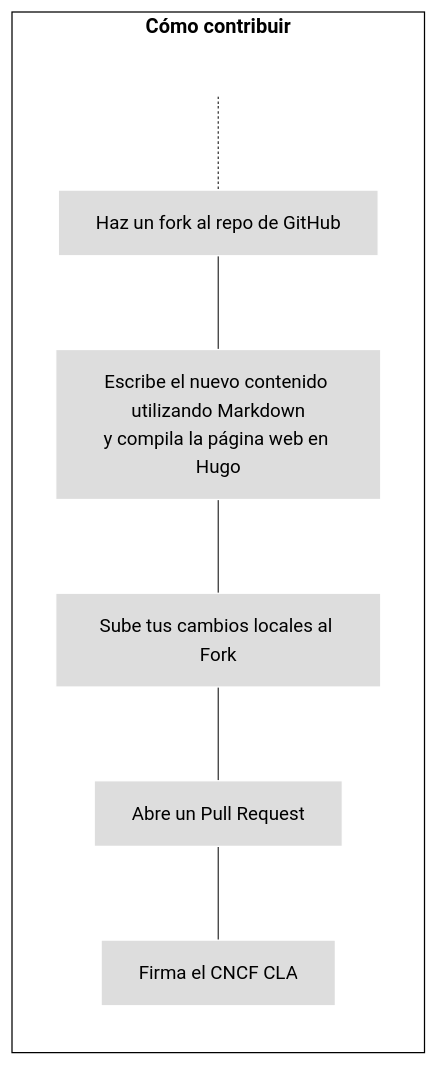
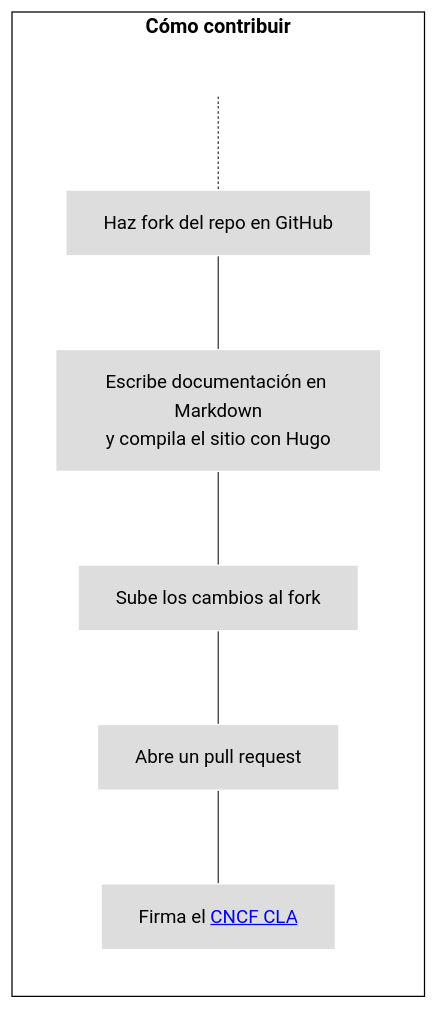
Before and after one commit to open-telemetry/opentelemetry.io: the first of 4 diagrams in content/es/docs/contributing/pull-requests.md, drawn with Mermaid. The commit also changed other lines of this file and 13 other files, not shown here.

````diff
--- a/content/es/docs/contributing/pull-requests.md
+++ b/content/es/docs/contributing/pull-requests.md
@@ -33,18 +60,18 @@
 ```mermaid
 flowchart LR
     subgraph first[Cómo contribuir]
     direction TB
        T[ ] -.-
-       B[Haz un fork al repo de GitHub] --- C[Escribe el nuevo contenido utilizando Markdown<br>y compila la página web en Hugo]
-       C --- D[Sube tus cambios locales al Fork]
-       D --- E[Abre un Pull Request]
-       E --- F[Firma el CNCF CLA]
+       B[Haz fork del repo en GitHub] --- C[Escribe documentación en Markdown<br>y compila el sitio con Hugo]
+       C --- D[Sube los cambios al fork]
+       D --- E[Abre un pull request]
+       E --- F[Firma el <a href="../prerequisites/#cla">CNCF CLA</a>]
     end
 
 classDef grey fill:#dddddd,stroke:#ffffff,stroke-width:px,color:#000000, font-size:15px;
 classDef white fill:#ffffff,stroke:#000,stroke-width:px,color:#000,font-weight:bold
 classDef spacewhite fill:#ffffff,stroke:#fff,stroke-width:0px,color:#000
 class A,B,C,D,E,F,G,H grey
 class S,T spacewhite
 class first,second white
 ```
````
